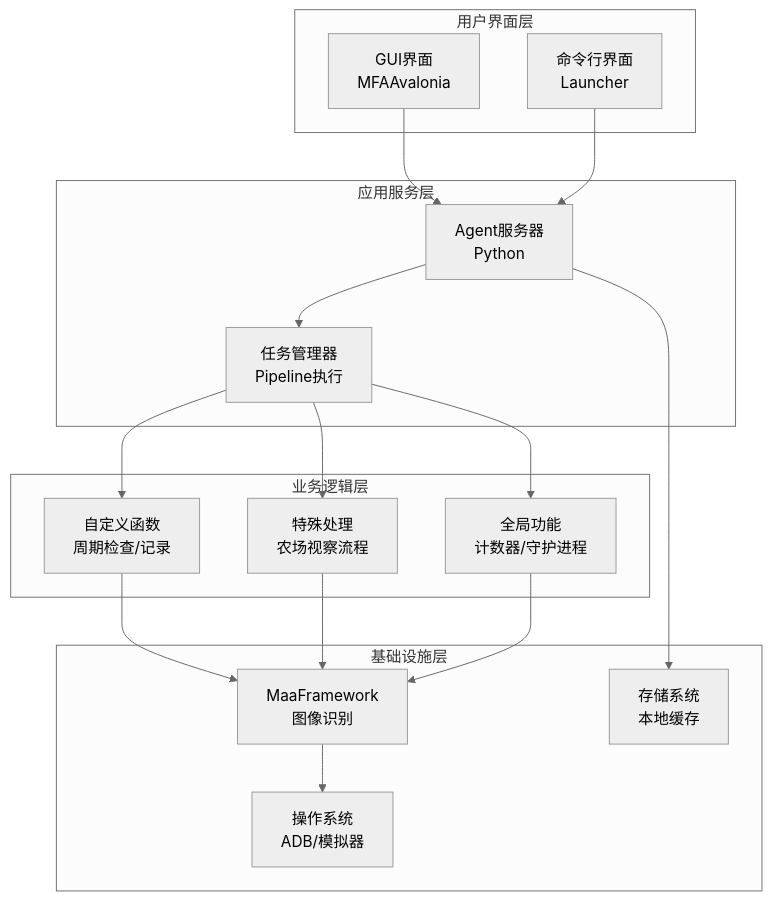
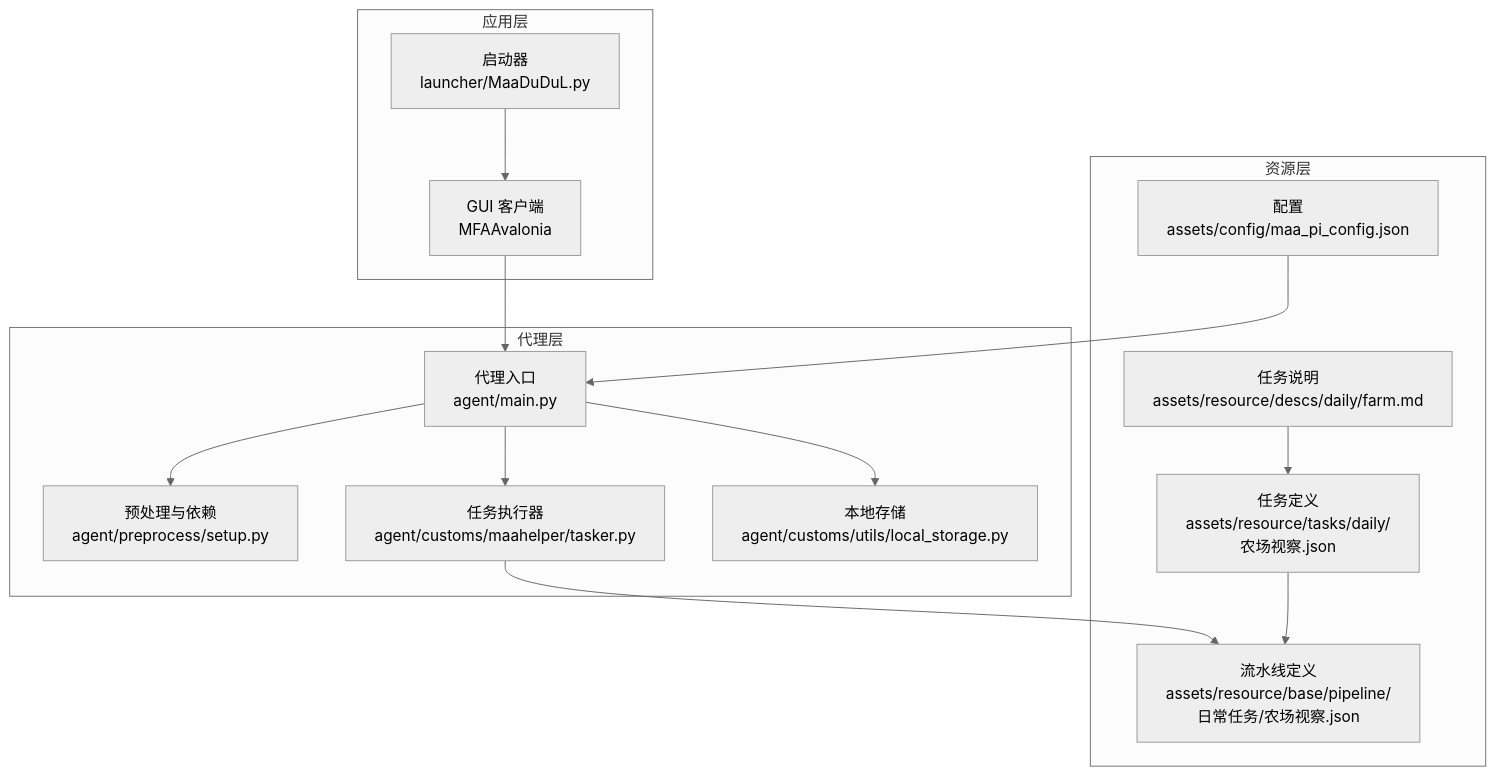
The first of 8 diagrams in .qoder/repowiki/zh/content/Daily Farm Inspection.md (kqcoxn/MaaDuDuL), drawn with Mermaid (neutral theme) before and after one commit. The commit also changed other lines of this file and 18 other files, not shown here.

````diff
--- a/.qoder/repowiki/zh/content/Daily Farm Inspection.md
+++ b/.qoder/repowiki/zh/content/Daily Farm Inspection.md
@@ -160,32 +40,28 @@
 ```mermaid
 graph TB
-subgraph "用户界面层"
-UI[GUI界面<br/>MFAAvalonia]
-CLI[命令行界面<br/>Launcher]
+subgraph "应用层"
+Launcher["启动器<br/>launcher/MaaDuDuL.py"]
+GUI["GUI 客户端<br/>MFAAvalonia"]
 end
-subgraph "应用服务层"
-AG[Agent服务器<br/>Python]
-TM[任务管理器<br/>Pipeline执行]
+subgraph "代理层"
+AgentMain["代理入口<br/>agent/main.py"]
+Preprocess["预处理与依赖<br/>agent/preprocess/setup.py"]
+Tasker["任务执行器<br/>agent/customs/maahelper/tasker.py"]
+LocalStorage["本地存储<br/>agent/customs/utils/local_storage.py"]
 end
-subgraph "业务逻辑层"
-CF[自定义函数<br/>周期检查/记录]
-SF[特殊处理<br/>农场视察流程]
-GF[全局功能<br/>计数器/守护进程]
+subgraph "资源层"
+Tasks["任务定义<br/>assets/resource/tasks/daily/农场视察.json"]
+Pipeline["流水线定义<br/>assets/resource/base/pipeline/日常任务/农场视察.json"]
+Descs["任务说明<br/>assets/resource/descs/daily/farm.md"]
+Config["配置<br/>assets/config/maa_pi_config.json"]
 end
-subgraph "基础设施层"
-FW[MaaFramework<br/>图像识别]
-OS[操作系统<br/>ADB/模拟器]
-ST[存储系统<br/>本地缓存]
-end
-UI --> AG
-CLI --> AG
-AG --> TM
-TM --> CF
-TM --> SF
-TM --> GF
-CF --> FW
-SF --> FW
-GF --> FW
-FW --> OS
-AG --> ST
+Launcher --> GUI
+GUI --> AgentMain
+AgentMain --> Preprocess
+AgentMain --> Tasker
+AgentMain --> LocalStorage
+Tasker --> Pipeline
+Tasks --> Pipeline
+Descs --> Tasks
+Config --> AgentMain
 ```
````
